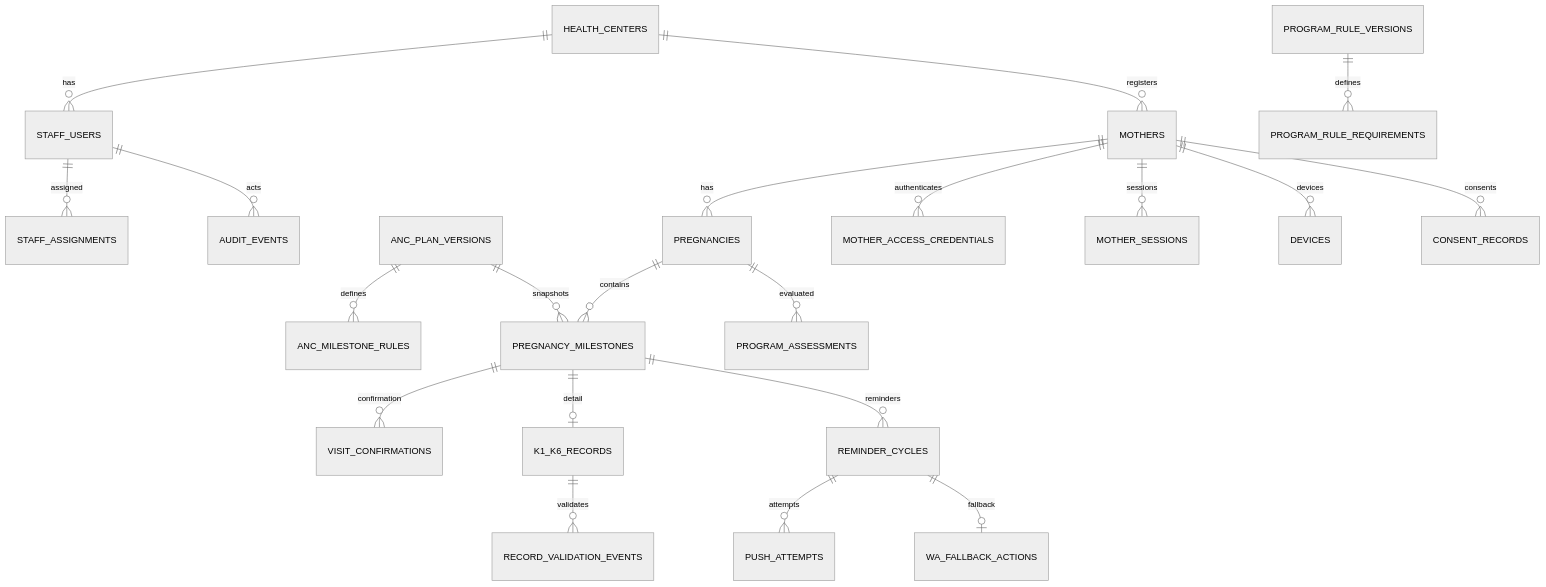
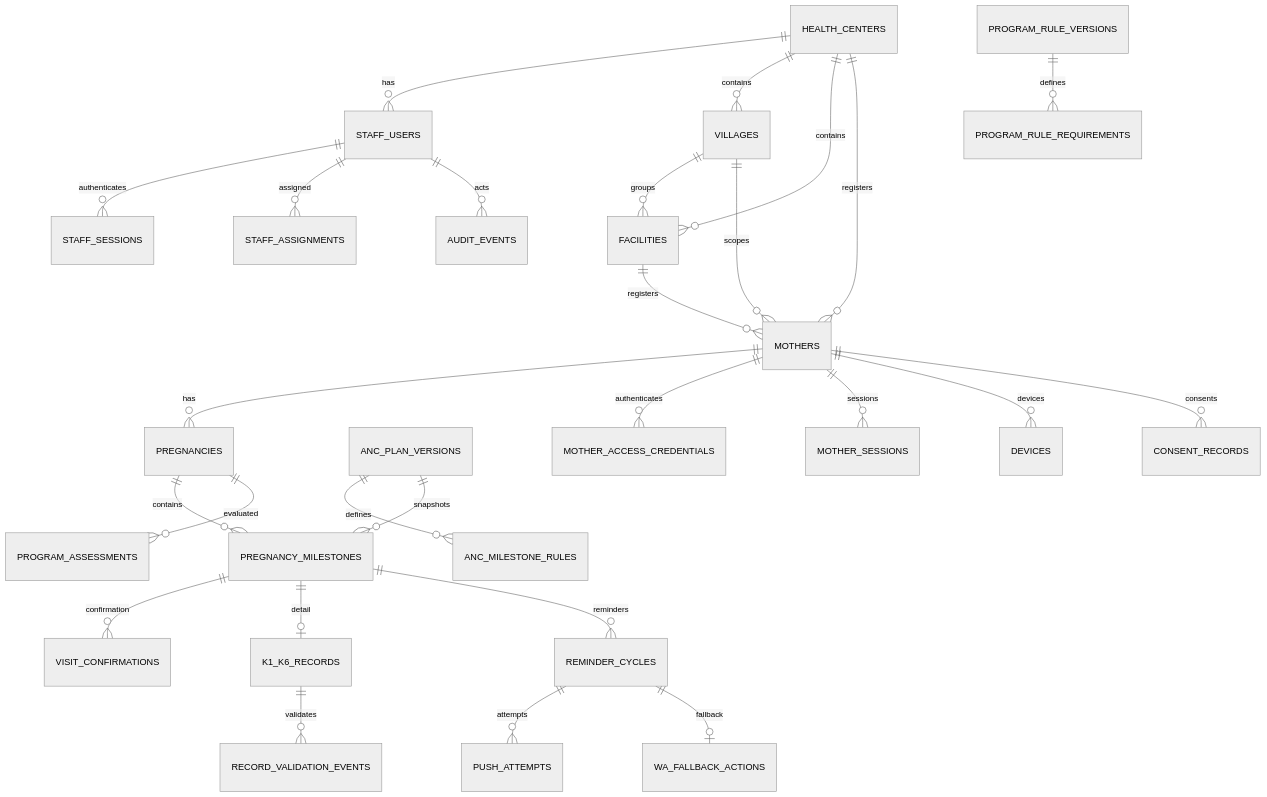
Before and after one commit to syihab-zuhri/anc-reminder-kuncir: the diagram in ANC_Reminder_Blueprint_v1.1.0/ERD.md, drawn with Mermaid (neutral theme). The commit also changed other lines of this file and 57 other files, not shown here.

````diff
--- a/ANC_Reminder_Blueprint_v1.1.0/ERD.md
+++ b/ANC_Reminder_Blueprint_v1.1.0/ERD.md
@@ -13,23 +13,29 @@
 ```mermaid
 erDiagram
   HEALTH_CENTERS ||--o{ STAFF_USERS : has
+  HEALTH_CENTERS ||--o{ VILLAGES : contains
+  HEALTH_CENTERS ||--o{ FACILITIES : contains
+  VILLAGES ||--o{ FACILITIES : groups
+  VILLAGES ||--o{ MOTHERS : scopes
+  FACILITIES ||--o{ MOTHERS : registers
+  STAFF_USERS ||--o{ STAFF_SESSIONS : authenticates
   STAFF_USERS ||--o{ STAFF_ASSIGNMENTS : assigned
   HEALTH_CENTERS ||--o{ MOTHERS : registers
   MOTHERS ||--o{ PREGNANCIES : has
   PREGNANCIES ||--o{ PREGNANCY_MILESTONES : contains
   ANC_PLAN_VERSIONS ||--o{ ANC_MILESTONE_RULES : defines
   ANC_PLAN_VERSIONS ||--o{ PREGNANCY_MILESTONES : snapshots
   PREGNANCY_MILESTONES ||--o{ VISIT_CONFIRMATIONS : confirmation
   PREGNANCY_MILESTONES ||--o| K1_K6_RECORDS : detail
   K1_K6_RECORDS ||--o{ RECORD_VALIDATION_EVENTS : validates
   PREGNANCY_MILESTONES ||--o{ REMINDER_CYCLES : reminders
   REMINDER_CYCLES ||--o{ PUSH_ATTEMPTS : attempts
   REMINDER_CYCLES ||--o| WA_FALLBACK_ACTIONS : fallback
   MOTHERS ||--o{ MOTHER_ACCESS_CREDENTIALS : authenticates
   MOTHERS ||--o{ MOTHER_SESSIONS : sessions
   MOTHERS ||--o{ DEVICES : devices
   MOTHERS ||--o{ CONSENT_RECORDS : consents
   PROGRAM_RULE_VERSIONS ||--o{ PROGRAM_RULE_REQUIREMENTS : defines
   PREGNANCIES ||--o{ PROGRAM_ASSESSMENTS : evaluated
   STAFF_USERS ||--o{ AUDIT_EVENTS : acts
 ```
````
